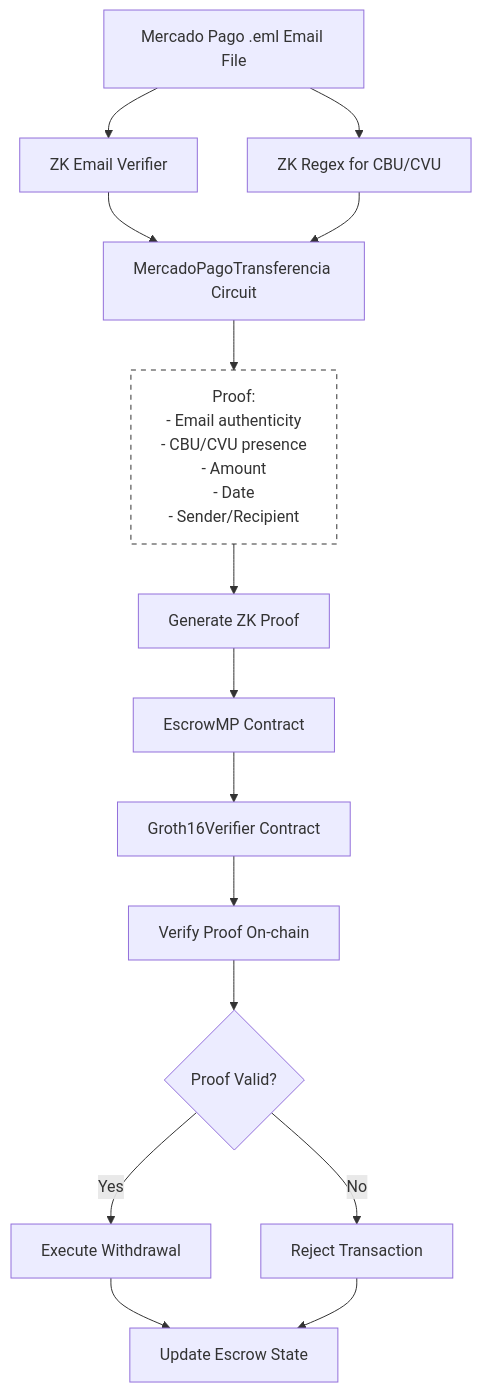
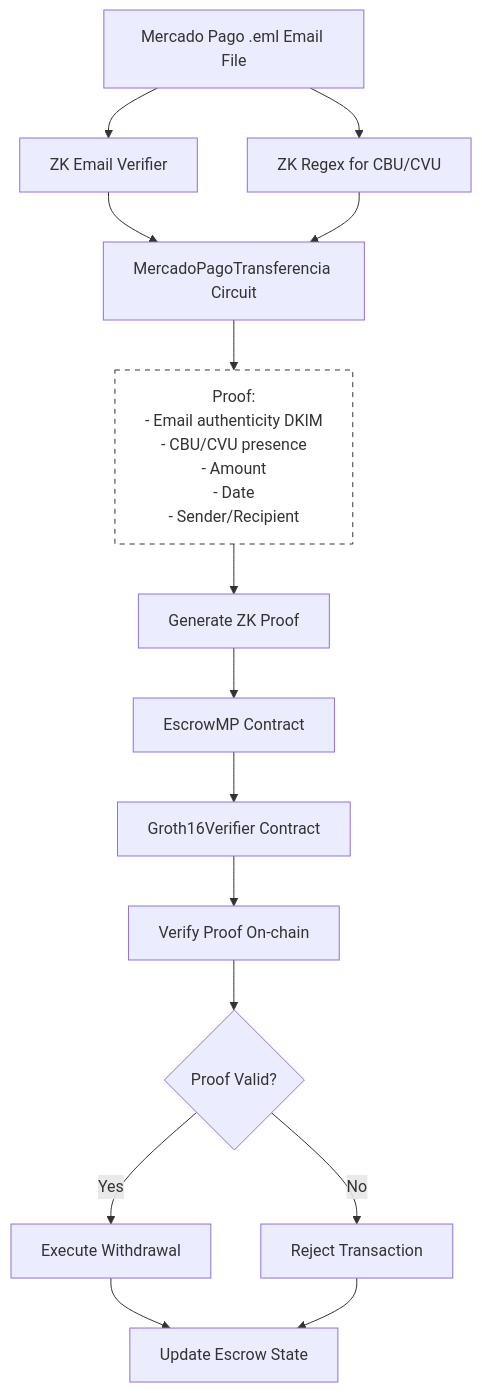
Before and after one commit to 10GO-labs/10GO: the diagram in README.md, drawn with Mermaid.

Commit message:
Add DKIM

````diff
--- a/README.md
+++ b/README.md
@@ -25,24 +25,24 @@
 ```mermaid
 flowchart TD
     A[Mercado Pago .eml Email File] --> B[ZK Email Verifier]
     A --> C[ZK Regex for CBU/CVU]
     B & C --> D[MercadoPagoTransferencia Circuit]
     D --> E[
         Proof:
-        - Email authenticity
+        - Email authenticity DKIM
         - CBU/CVU presence
         - Amount
         - Date
         - Sender/Recipient
     ]
     E --> F[Generate ZK Proof]
     F --> G[EscrowMP Contract]
     G --> H[Groth16Verifier Contract]
     H --> I[Verify Proof On-chain]
     I --> J{Proof Valid?}
     J -->|Yes| K[Execute Withdrawal]
     J -->|No| L[Reject Transaction]
     K & L --> M[Update Escrow State]
     
     style E fill:none,stroke:#333,stroke-width:1px,stroke-dasharray: 5 5
 ```
````
